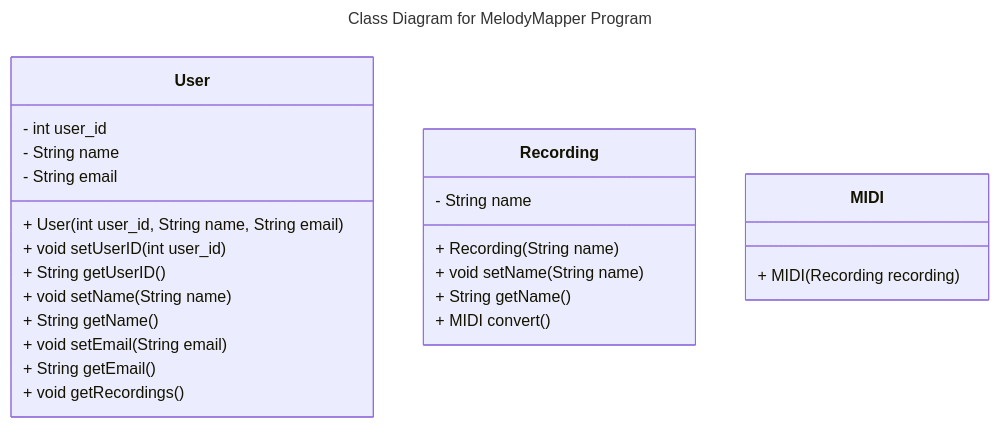
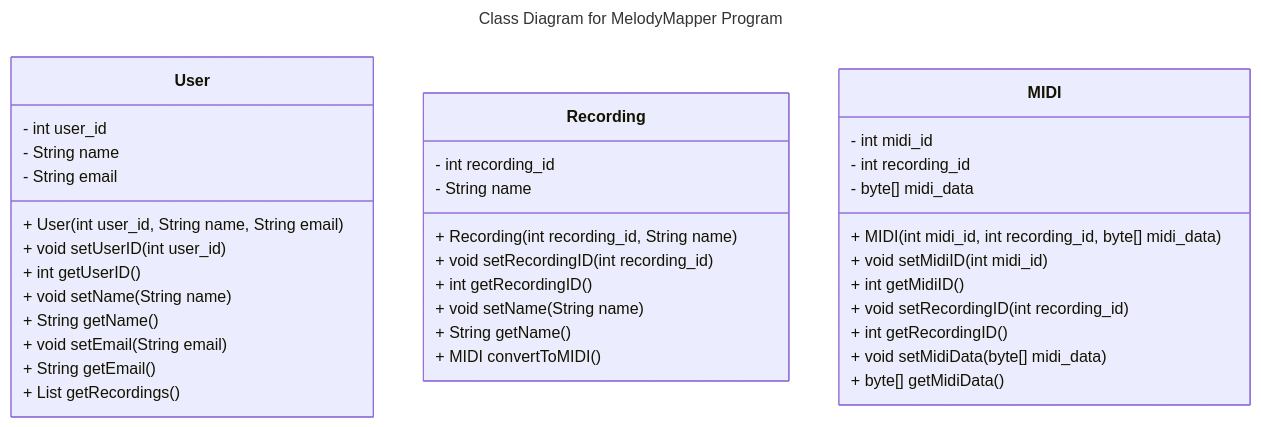
One commit to bengoh815/cs506-project changed the third of 6 diagrams in README.md. Above: the diagram before and after it, drawn with Mermaid. The commit also changed other lines of this file, not shown here.

Commit message:
Update docs with Database schema & class diagram

````diff
--- a/README.md
+++ b/README.md
@@ -131,31 +132,44 @@
 ```mermaid
+---
 ---
 title: Class Diagram for MelodyMapper Program
 ---
 classDiagram
     class User {
         - int user_id
         - String name
         - String email
         + User(int user_id, String name, String email)
         + void setUserID(int user_id)
-        + String getUserID()
+        + int getUserID()
         + void setName(String name)
         + String getName()
         + void setEmail(String email)
         + String getEmail()
-        + void getRecordings()
+        + List<Recording> getRecordings()
     }
 
     class Recording {
+        - int recording_id
         - String name
-        + Recording(String name)
+        + Recording(int recording_id, String name)
+        + void setRecordingID(int recording_id)
+        + int getRecordingID()
         + void setName(String name)
         + String getName()
-        + MIDI convert()
+        + MIDI convertToMIDI()
     }
 
     class MIDI {
-        + MIDI(Recording recording)
+        - int midi_id
+        - int recording_id
+        - byte[] midi_data
+        + MIDI(int midi_id, int recording_id, byte[] midi_data)
+        + void setMidiID(int midi_id)
+        + int getMidiID()
+        + void setRecordingID(int recording_id)
+        + int getRecordingID()
+        + void setMidiData(byte[] midi_data)
+        + byte[] getMidiData()
     }
 ```
````
